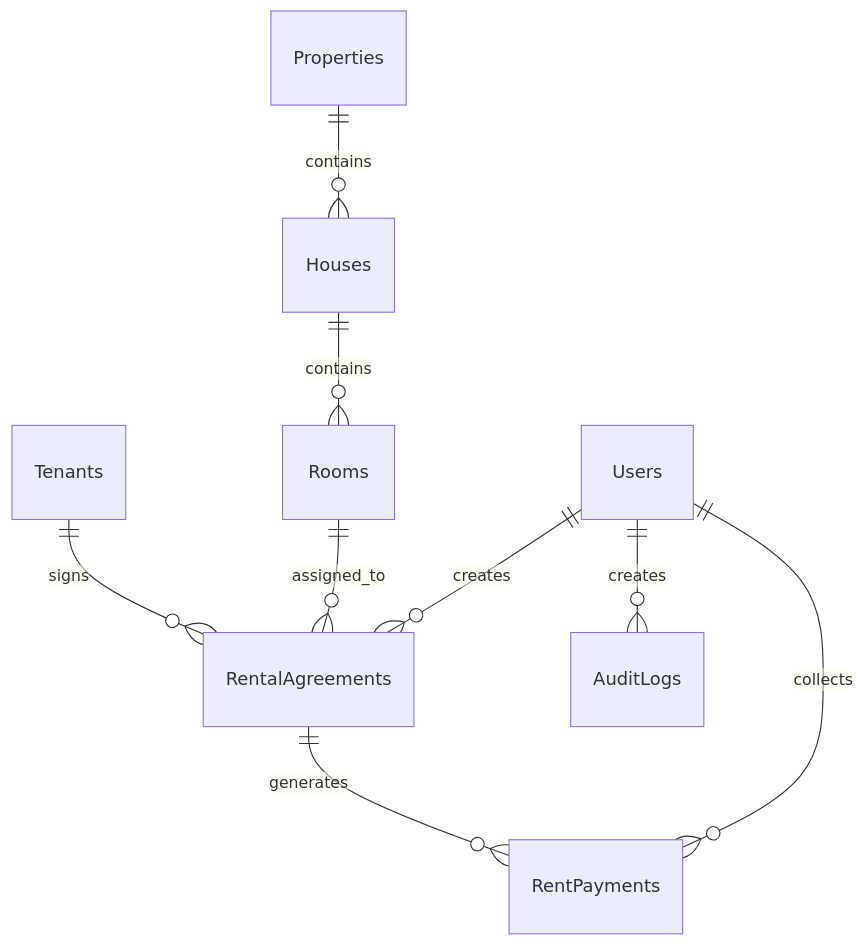
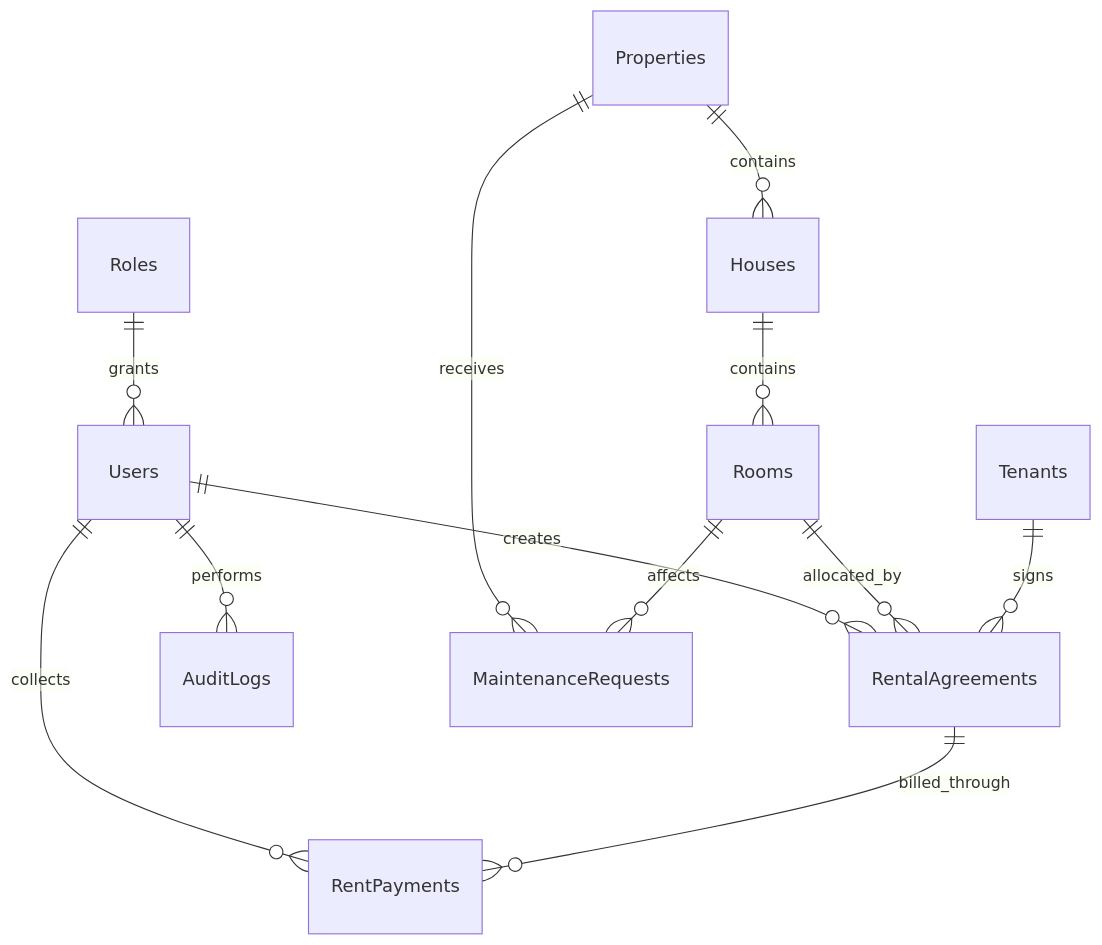
The second of 3 diagrams in docs/AGREEMENTS_MODULE_IMPLEMENTATION_PLAN.md (Mamunahmedbd/house-rental-management), drawn with Mermaid before and after one commit. The commit also changed other lines of this file and 20 other files, not shown here.

Commit message:
feat: implement payment management module including database schema, business logic, and UI components

````diff
--- a/docs/AGREEMENTS_MODULE_IMPLEMENTATION_PLAN.md
+++ b/docs/AGREEMENTS_MODULE_IMPLEMENTATION_PLAN.md
@@ -141,11 +155,14 @@
 ```mermaid
 erDiagram
-    Tenants ||--o{ RentalAgreements : signs
-    Rooms ||--o{ RentalAgreements : assigned_to
-    Houses ||--o{ Rooms : contains
-    Properties ||--o{ Houses : contains
-    RentalAgreements ||--o{ RentPayments : generates
+    Roles ||--o{ Users : grants
     Users ||--o{ RentalAgreements : creates
     Users ||--o{ RentPayments : collects
-    Users ||--o{ AuditLogs : creates
+    Users ||--o{ AuditLogs : performs
+    Properties ||--o{ Houses : contains
+    Houses ||--o{ Rooms : contains
+    Rooms ||--o{ RentalAgreements : allocated_by
+    Tenants ||--o{ RentalAgreements : signs
+    RentalAgreements ||--o{ RentPayments : billed_through
+    Properties ||--o{ MaintenanceRequests : receives
+    Rooms ||--o{ MaintenanceRequests : affects
 ```
````
